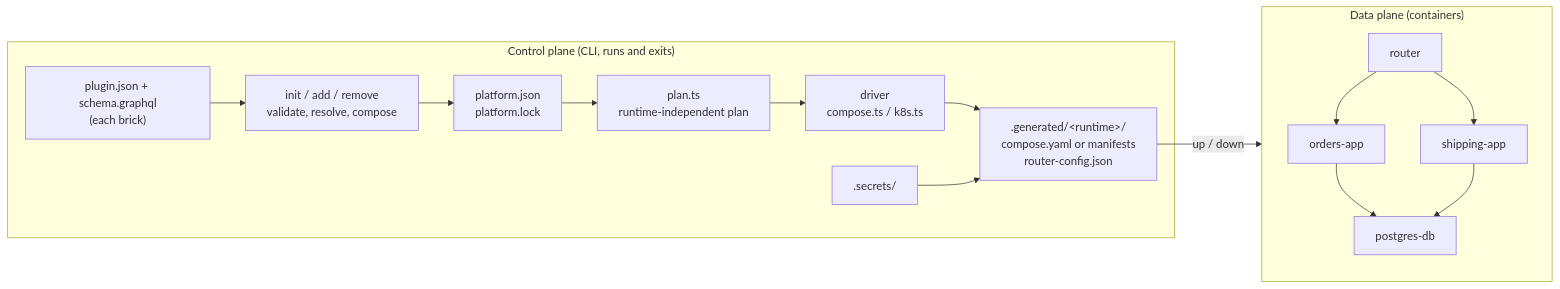
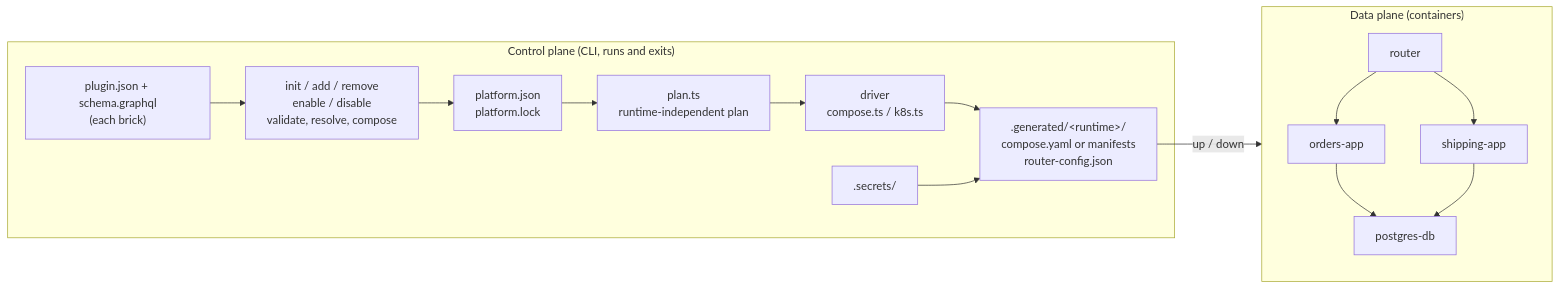
Before and after one commit to rudney5000/plugbricks: the first of 6 diagrams in docs/architecture.md, drawn with Mermaid. The commit also changed other lines of this file and 2 other files, not shown here.

Commit message:
docs: describe the admin and enabled/disabled bricks in the architecture, fix stale README and D15 lines

````diff
--- a/docs/architecture.md
+++ b/docs/architecture.md
@@ -30,18 +31,18 @@
 ```mermaid
 flowchart LR
   subgraph CP["Control plane (CLI, runs and exits)"]
-    M["plugin.json + schema.graphql<br/>(each brick)"] --> ADD["init / add / remove<br/>validate, resolve, compose"]
+    M["plugin.json + schema.graphql<br/>(each brick)"] --> ADD["init / add / remove<br/>enable / disable<br/>validate, resolve, compose"]
     ADD --> PJ["platform.json<br/>platform.lock"]
     PJ --> PLAN["plan.ts<br/>runtime-independent plan"]
     PLAN --> DRV["driver<br/>compose.ts / k8s.ts"]
     DRV --> GEN[".generated/&lt;runtime&gt;/<br/>compose.yaml or manifests<br/>router-config.json"]
     SEC[".secrets/"] --> GEN
   end
   GEN -->|"up / down"| DP
   subgraph DP["Data plane (containers)"]
     R["router"] --> A["orders-app"]
     R --> B["shipping-app"]
     A --> P["postgres-db"]
     B --> P
   end
 ```
````
